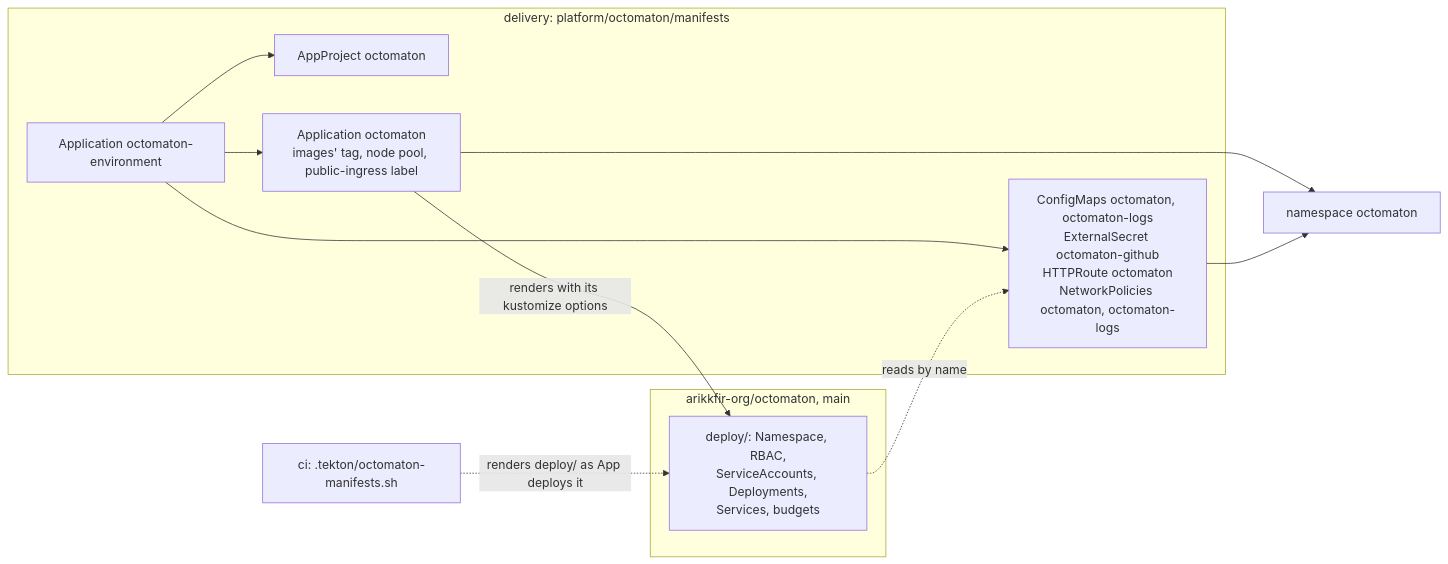
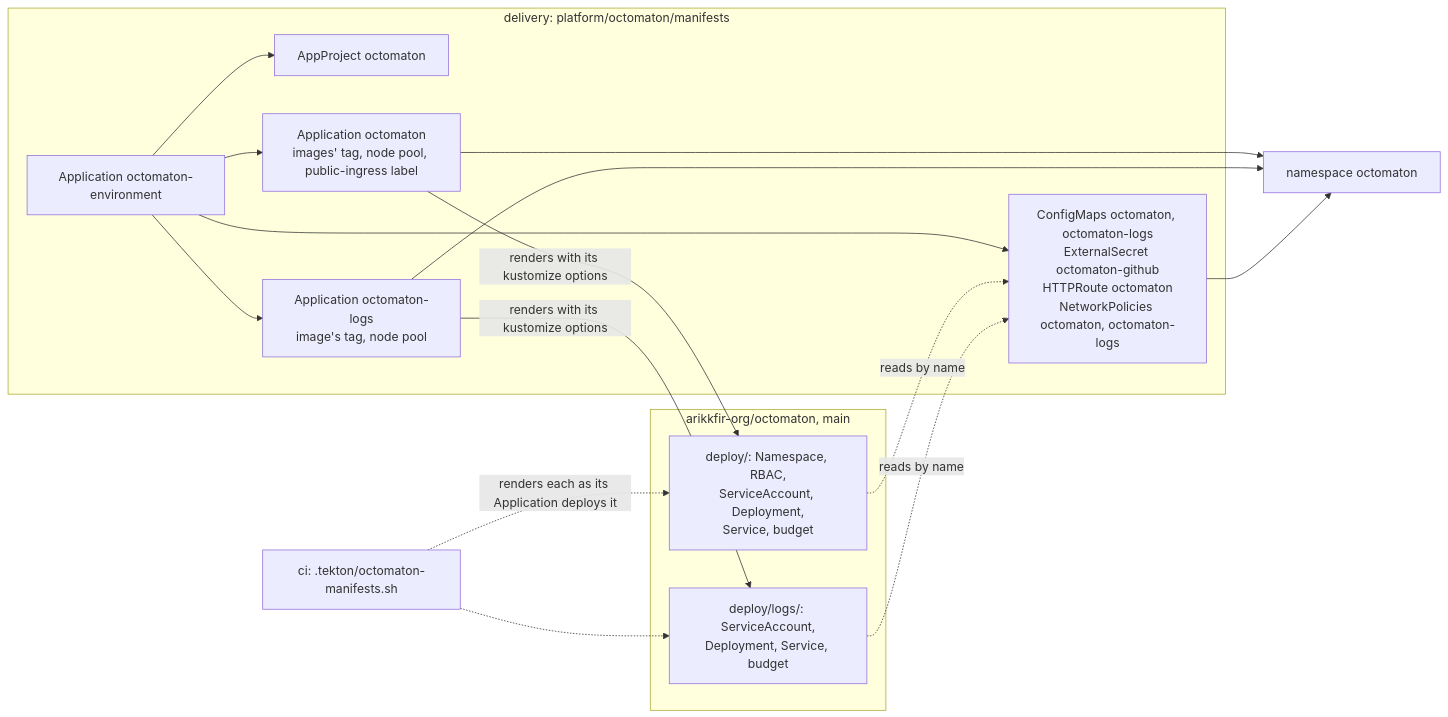
The diagram in docs/delivery/designs/octomaton.md (arikkfir-org/delivery), drawn with Mermaid before and after one commit. The commit also changed other lines of this file and 9 other files, not shown here.

First line of the commit message:
feat(octomaton): deploy octomaton-logs from deploy/logs/ with an Application of its own

````diff
--- a/docs/delivery/designs/octomaton.md
+++ b/docs/delivery/designs/octomaton.md
@@ -21,16 +21,22 @@
 ```mermaid
 flowchart LR
   subgraph delivery["delivery: platform/octomaton/manifests"]
     Env["Application octomaton-environment"] --> Project["AppProject octomaton"]
     Env --> App["Application octomaton<br/>images' tag, node pool, public-ingress label"]
+    Env --> Logs["Application octomaton-logs<br/>image's tag, node pool"]
     Env --> Host["ConfigMaps octomaton, octomaton-logs<br/>ExternalSecret octomaton-github<br/>HTTPRoute octomaton<br/>NetworkPolicies octomaton, octomaton-logs"]
   end
   subgraph octomaton["arikkfir-org/octomaton, main"]
-    Deploy["deploy/: Namespace, RBAC,<br/>ServiceAccounts, Deployments,<br/>Services, budgets"]
+    Deploy["deploy/: Namespace, RBAC,<br/>ServiceAccount, Deployment,<br/>Service, budget"]
+    DeployLogs["deploy/logs/: ServiceAccount,<br/>Deployment, Service, budget"]
   end
   App -- "renders with its kustomize options" --> Deploy
+  Logs -- "renders with its kustomize options" --> DeployLogs
   App --> NS["namespace octomaton"]
+  Logs --> NS
   Host --> NS
   Deploy -. "reads by name" .-> Host
-  CI["ci: .tekton/octomaton-manifests.sh"] -. "renders deploy/ as App deploys it" .-> Deploy
+  DeployLogs -. "reads by name" .-> Host
+  CI["ci: .tekton/octomaton-manifests.sh"] -. "renders each as its Application deploys it" .-> Deploy
+  CI -.-> DeployLogs
 ```
````
